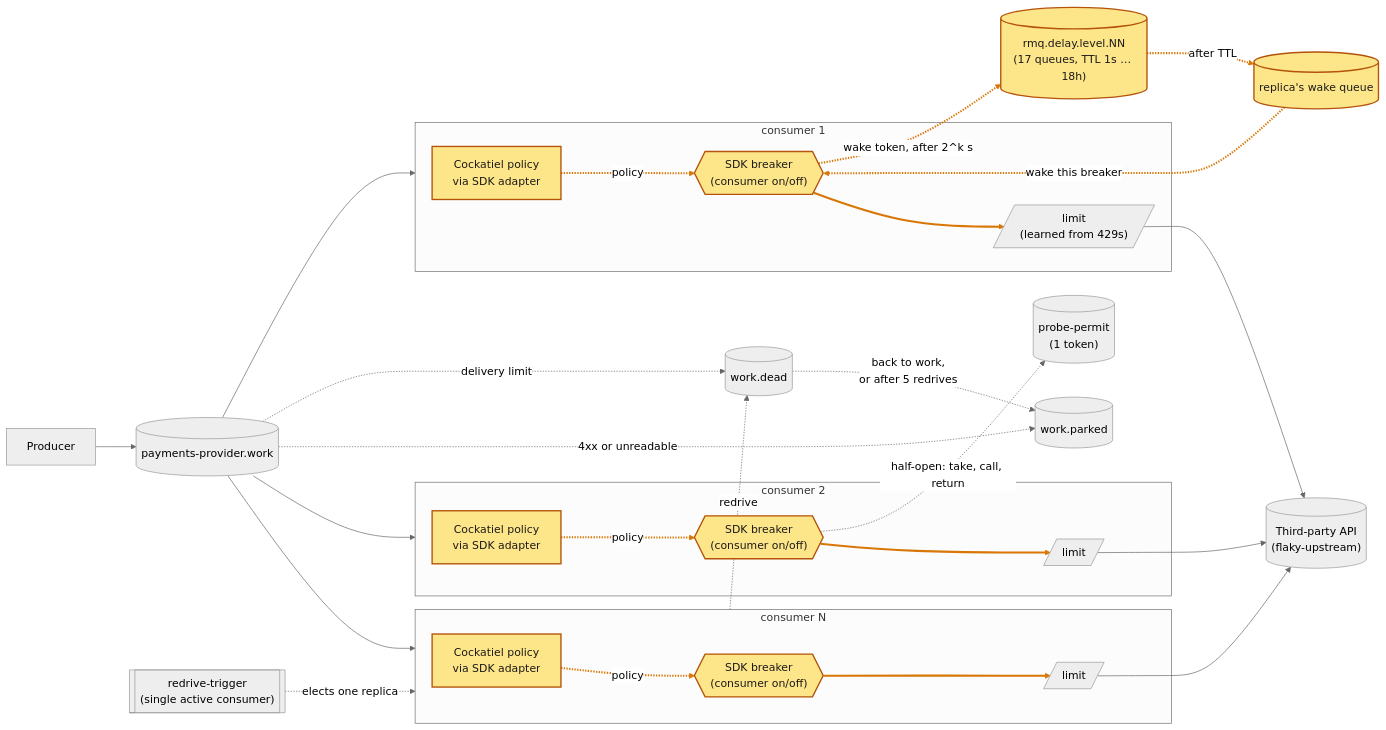
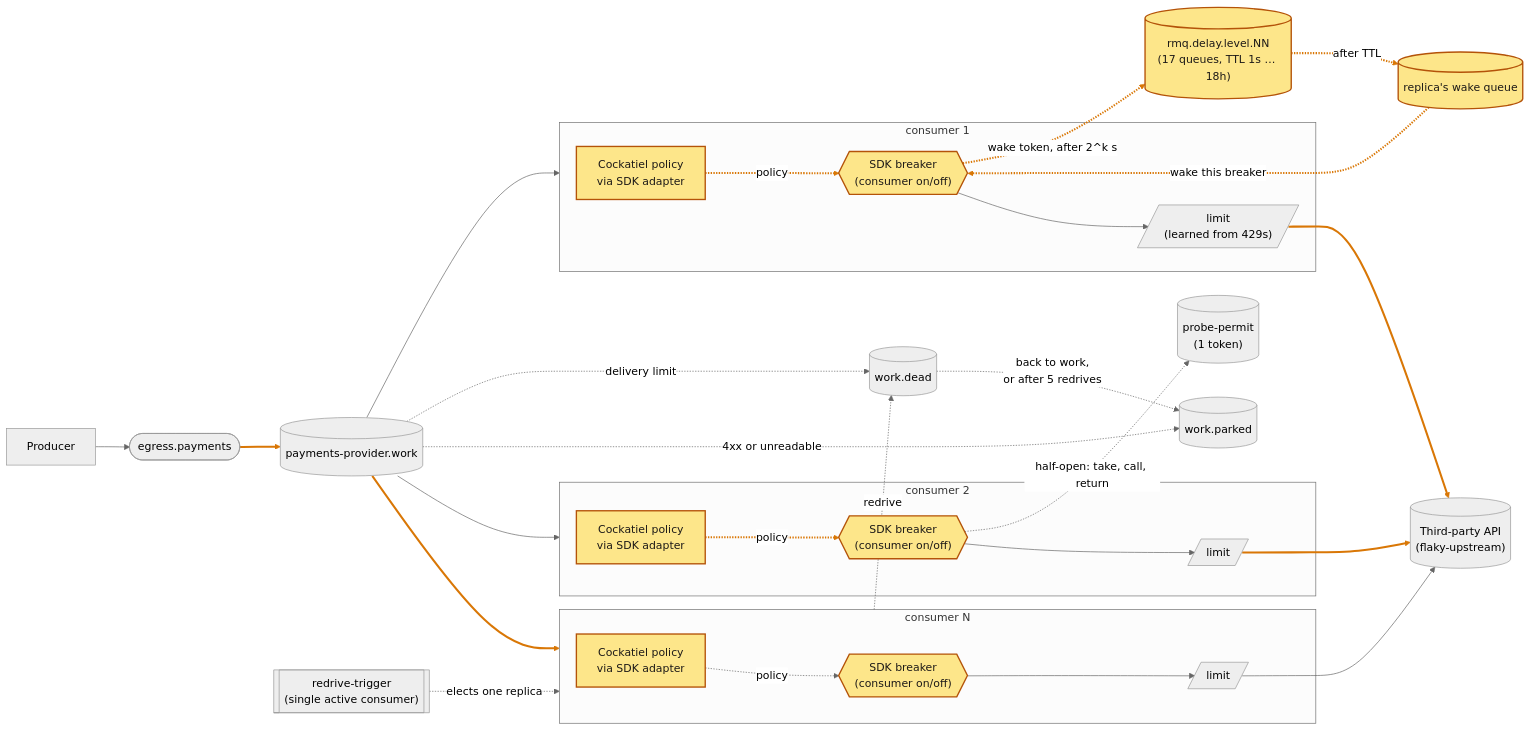
One commit to lsfera/circuit-breaker-unboxing changed the diagram in README.md. Above: the diagram before and after it, drawn with Mermaid (neutral theme). The commit also changed other lines of this file and 19 other files, not shown here.

````diff
--- a/README.md
+++ b/README.md
@@ -26,47 +26,47 @@
 ```mermaid
 flowchart LR
-  producer["Producer"] --> queue[("payments-provider.work")]
+  producer["Producer"] --> exchange(["egress.payments"]) --> queue[("payments-provider.work")]
   subgraph c1["consumer 1"]
     p1["Cockatiel policy\nvia SDK adapter"]
     b1{{"SDK breaker\n(consumer on/off)"}}
     l1[/"limit\n(learned from 429s)"/]
     p1 -. "policy" .-> b1
   end
   subgraph c2["consumer 2"]
     p2["Cockatiel policy\nvia SDK adapter"]
     b2{{"SDK breaker\n(consumer on/off)"}}
     l2[/"limit"/]
     p2 -. "policy" .-> b2
   end
   subgraph c3["consumer N"]
     p3["Cockatiel policy\nvia SDK adapter"]
     b3{{"SDK breaker\n(consumer on/off)"}}
     l3[/"limit"/]
     p3 -. "policy" .-> b3
   end
   queue --> c1
   queue --> c2
   queue --> c3
   b1 -. "wake token, after 2^k s" .-> chain[("rmq.delay.level.NN\n(17 queues, TTL 1s … 18h)")]
   chain -. "after TTL" .-> wake[("replica's wake queue")]
   wake -. "wake this breaker" .-> b1
   b1 --> l1
   l1 --> api[("Third-party API\n(flaky-upstream)")]
   b2 --> l2
   l2 --> api
   b3 --> l3
   l3 --> api
   permit[("probe-permit\n(1 token)")]
   dead[("work.dead")]
   parked[("work.parked")]
   rtrigger[["redrive-trigger\n(single active consumer)"]]
   b2 -. "half-open: take, call, return" .-> permit
   queue -. "delivery limit" .-> dead
   rtrigger -. "elects one replica" .-> c3
   c3 -. "redrive" .-> dead
   dead -. "back to work,\nor after 5 redrives" .-> parked
   queue -. "4xx or unreadable" .-> parked
   classDef new fill:#fde68a,stroke:#b45309,stroke-width:2px,color:#1c1917
   class p1,p2,p3,b1,b2,b3,chain,wake new
   linkStyle 1,2,3,7,8,9,10,12,14 stroke:#d97706,stroke-width:3px
 ```
````
